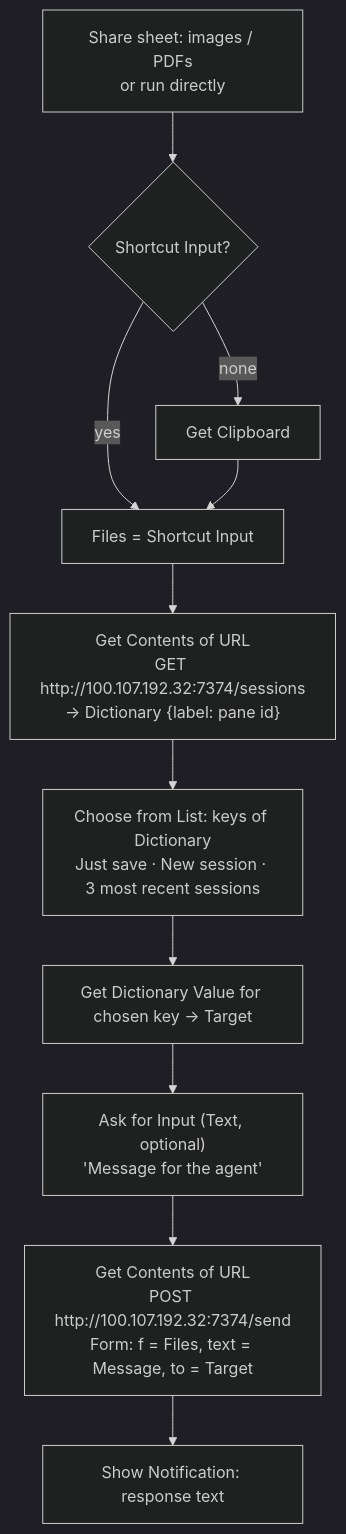
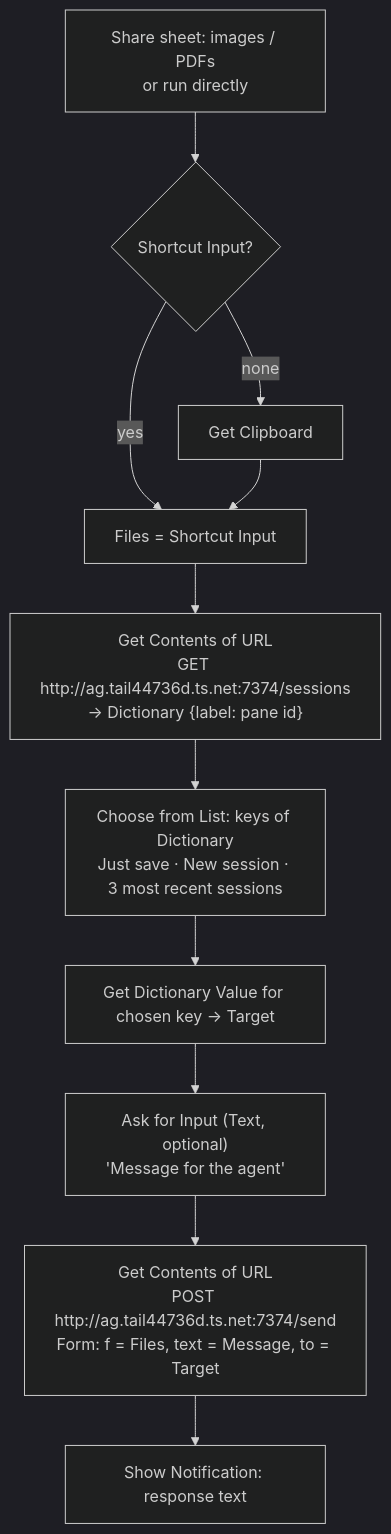
Before and after one commit to koerschner/ag: the diagram in ios-shortcuts/send-to-ag.md, drawn with Mermaid (dark theme). The commit also changed other lines of this file and 6 other files, not shown here.

Commit message:
iOS Shortcuts point at ag.tail44736d.ts.net (edited via computer use on ag-mac); remove ag-legacy-forward

````diff
--- a/ios-shortcuts/send-to-ag.md
+++ b/ios-shortcuts/send-to-ag.md
@@ -10,13 +10,13 @@
 ```mermaid
 flowchart TD
     A[Share sheet: images / PDFs<br/>or run directly] --> B{Shortcut Input?}
     B -- none --> C[Get Clipboard]
     B -- yes --> D[Files = Shortcut Input]
     C --> D
-    D --> E["Get Contents of URL<br/>GET http://100.107.192.32:7374/sessions<br/>→ Dictionary {label: pane id}"]
+    D --> E["Get Contents of URL<br/>GET http://ag.tail44736d.ts.net:7374/sessions<br/>→ Dictionary {label: pane id}"]
     E --> F["Choose from List: keys of Dictionary<br/>Just save · New session · 3 most recent sessions"]
     F --> G["Get Dictionary Value for chosen key → Target"]
     G --> H["Ask for Input (Text, optional)<br/>'Message for the agent'"]
-    H --> I["Get Contents of URL<br/>POST http://100.107.192.32:7374/send<br/>Form: f = Files, text = Message, to = Target"]
+    H --> I["Get Contents of URL<br/>POST http://ag.tail44736d.ts.net:7374/send<br/>Form: f = Files, text = Message, to = Target"]
     I --> J[Show Notification: response text]
 ```
````
